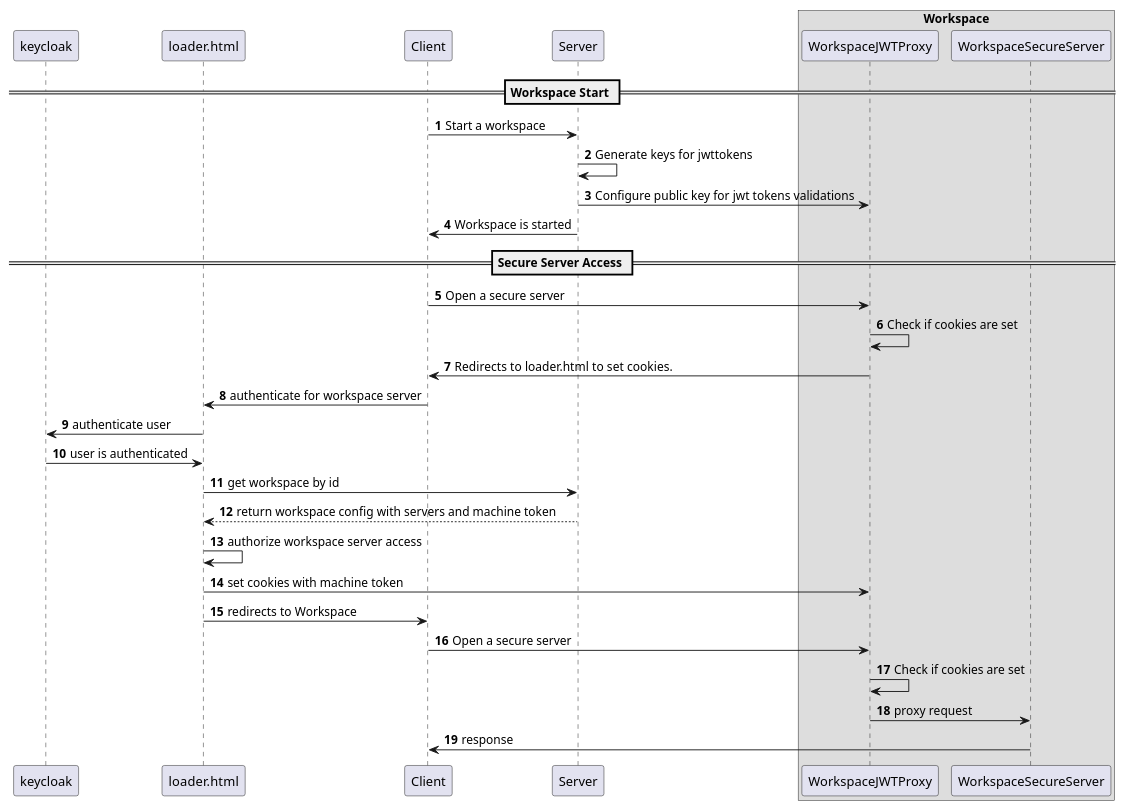
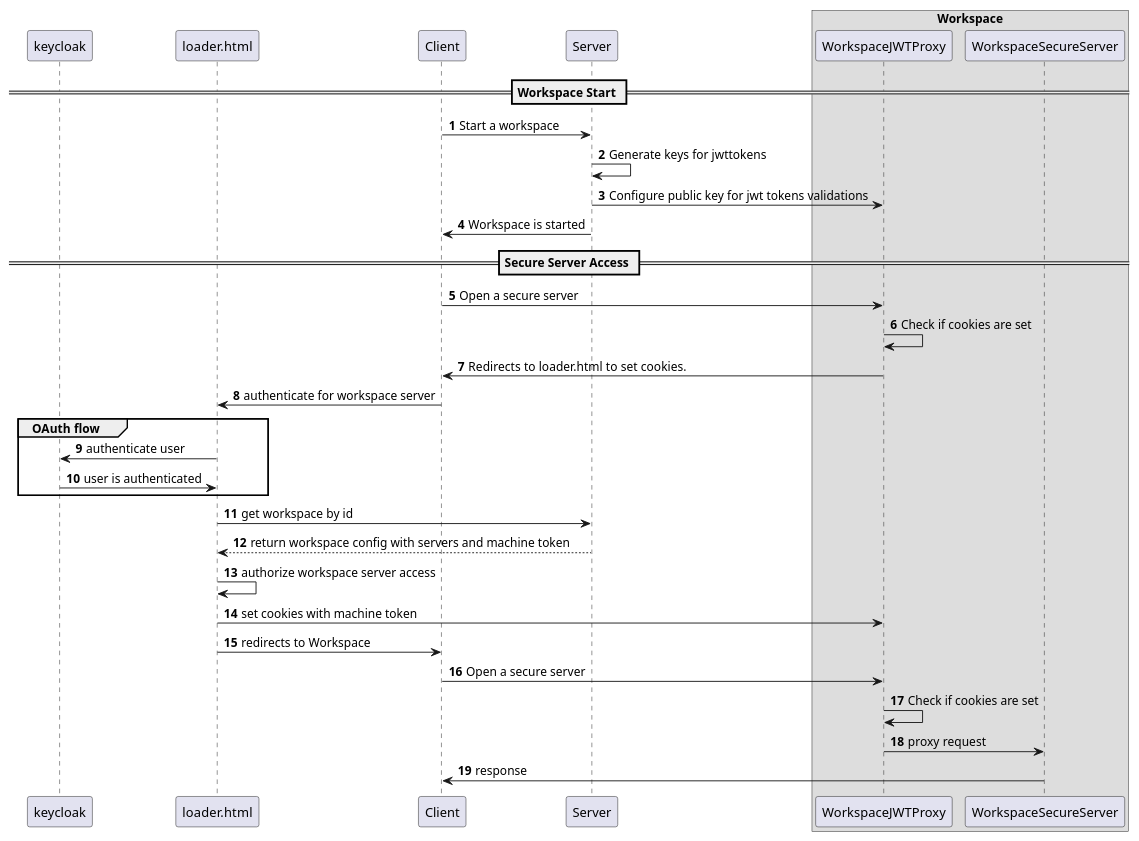
The diagram in authentication-schemas/jwtproxy-current.plantuml (devfile/devworkspace-operator), drawn with PlantUML before and after one commit. The commit also changed 4 other files, not shown here.

```diff
--- a/authentication-schemas/jwtproxy-current.plantuml
+++ b/authentication-schemas/jwtproxy-current.plantuml
@@ -1,42 +1,44 @@
 @startuml
 
 participant keycloak
 participant loader.html
 participant Client
 participant Server
 box Workspace
 participant WorkspaceJWTProxy
 participant WorkspaceSecureServer
 end box
 
 autonumber
 
 == Workspace Start ==
 
 Client -> Server: Start a workspace
 Server -> Server: Generate keys for jwttokens
 Server -> WorkspaceJWTProxy: Configure public key for jwt tokens validations
 Server -> Client: Workspace is started
 
 == Secure Server Access ==
 
 Client -> WorkspaceJWTProxy: Open a secure server
 WorkspaceJWTProxy -> WorkspaceJWTProxy: Check if cookies are set
 WorkspaceJWTProxy -> Client: Redirects to loader.html to set cookies.
 Client -> loader.html: authenticate for workspace server
 
+group OAuth flow
 loader.html -> keycloak: authenticate user
 keycloak -> loader.html: user is authenticated
+end group
 
 loader.html -> Server: get workspace by id
 Server --> loader.html: return workspace config with servers and machine token
 
 loader.html -> loader.html: authorize workspace server access
 loader.html -> WorkspaceJWTProxy: set cookies with machine token
 loader.html -> Client: redirects to Workspace
 Client -> WorkspaceJWTProxy: Open a secure server
 WorkspaceJWTProxy -> WorkspaceJWTProxy: Check if cookies are set
 WorkspaceJWTProxy -> WorkspaceSecureServer: proxy request
 WorkspaceSecureServer -> Client: response
 
 @enduml
```
